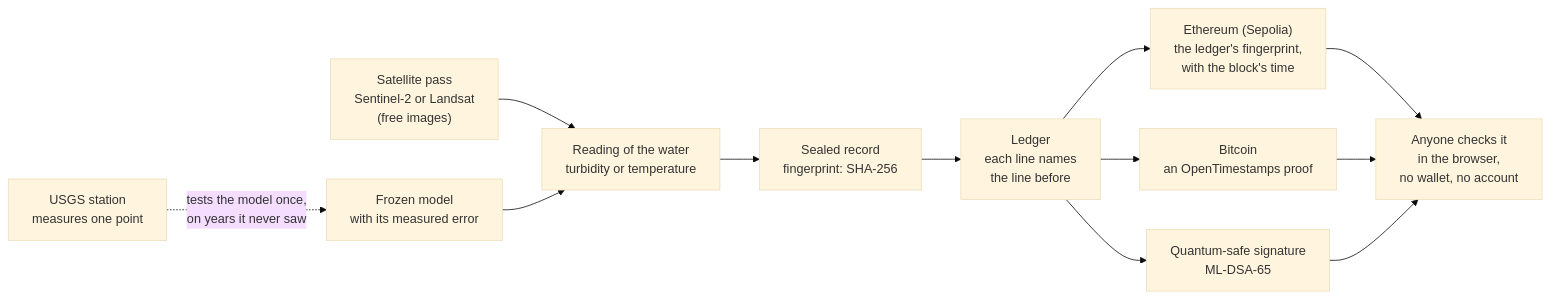
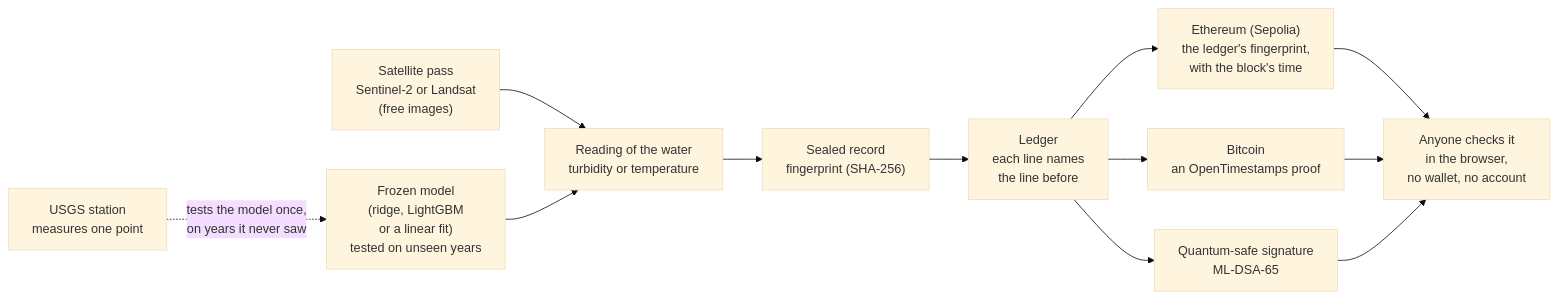
One commit to saulo1112/RiverEtch changed the first of 2 diagrams in README.md. Above: the diagram before and after it, drawn with Mermaid (base theme). The commit also changed other lines of this file and 4 other files, not shown here.

Commit message:
docs: the README and docs show each reading's value, name the models and explain the flow

````diff
--- a/README.md
+++ b/README.md
@@ -78,14 +84,14 @@
 ```mermaid
 flowchart LR
   SAT["Satellite pass<br/>Sentinel-2 or Landsat<br/>(free images)"] --> READ["Reading of the water<br/>turbidity or temperature"]
-  STATION["USGS station<br/>measures one point"] -. "tests the model once,<br/>on years it never saw" .-> MODEL["Frozen model<br/>with its measured error"]
+  STATION["USGS station<br/>measures one point"] -. "tests the model once,<br/>on years it never saw" .-> MODEL["Frozen model<br/>(ridge, LightGBM<br/>or a linear fit)<br/>tested on unseen years"]
   MODEL --> READ
-  READ --> SEAL["Sealed record<br/>fingerprint: SHA-256"]
+  READ --> SEAL["Sealed record<br/>fingerprint (SHA-256)"]
   SEAL --> LEDGER["Ledger<br/>each line names<br/>the line before"]
   LEDGER --> ETH["Ethereum (Sepolia)<br/>the ledger's fingerprint,<br/>with the block's time"]
   LEDGER --> BTC["Bitcoin<br/>an OpenTimestamps proof"]
   LEDGER --> SIG["Quantum-safe signature<br/>ML-DSA-65"]
   ETH --> CHECK["Anyone checks it<br/>in the browser,<br/>no wallet, no account"]
   BTC --> CHECK
   SIG --> CHECK
 ```
````
